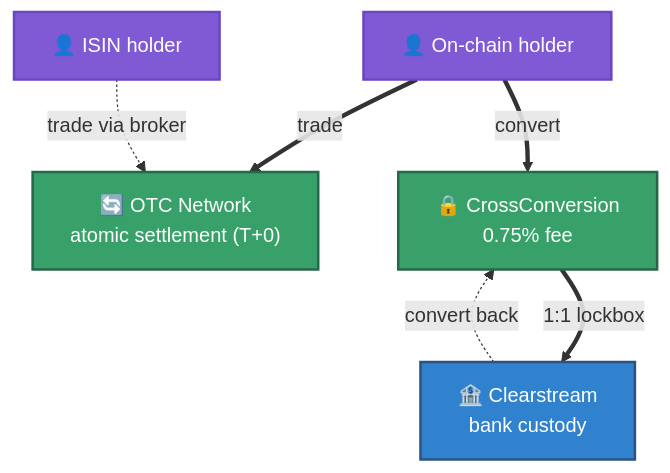
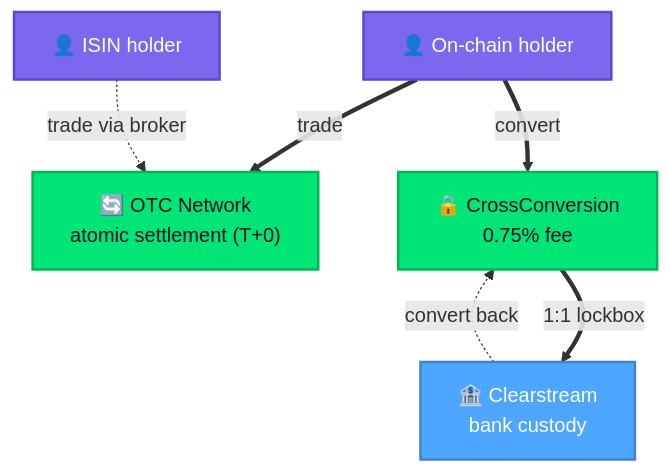
The fifth of 16 diagrams in hugo-site/content/_index.fr.md (hrbrlife/sailsto_website), drawn with Mermaid before and after one commit. The commit also changed other lines of this file and 9 other files, not shown here.

```diff
--- a/hugo-site/content/_index.fr.md
+++ b/hugo-site/content/_index.fr.md
@@ -485,18 +485,18 @@
 <div class="mermaid">
 flowchart TD
     INV1["👤 On-chain holder"]
     INV2["👤 ISIN holder"]
     OTC["🔄 OTC Network&lt;br/&gt;atomic settlement (T+0)"]
     CCS["🔒 CrossConversion&lt;br/&gt;0.75% fee"]
     BANK["🏦 Clearstream&lt;br/&gt;bank custody"]
     INV1 ==>|"trade"| OTC
     INV1 ==>|"convert"| CCS
     CCS ==>|"1:1 lockbox"| BANK
     BANK -.->|"convert back"| CCS
     INV2 -.->|"trade via broker"| OTC
-    style INV1 fill:#805ad5,color:#fff,stroke:#6b46c1,stroke-width:2px
-    style INV2 fill:#805ad5,color:#fff,stroke:#6b46c1,stroke-width:2px
-    style OTC fill:#38a169,color:#fff,stroke:#276749,stroke-width:2px
-    style CCS fill:#38a169,color:#fff,stroke:#276749,stroke-width:2px
-    style BANK fill:#3182ce,color:#fff,stroke:#2c5282,stroke-width:2px
+    style INV1 fill:#7B68EE,color:#fff,stroke:#5B48CE,stroke-width:2px
+    style INV2 fill:#7B68EE,color:#fff,stroke:#5B48CE,stroke-width:2px
+    style OTC fill:#00E676,color:#0F0F23,stroke:#00B656,stroke-width:2px
+    style CCS fill:#00E676,color:#0F0F23,stroke:#00B656,stroke-width:2px
+    style BANK fill:#4DA6FF,color:#fff,stroke:#3D86CF,stroke-width:2px
 </div>
```
